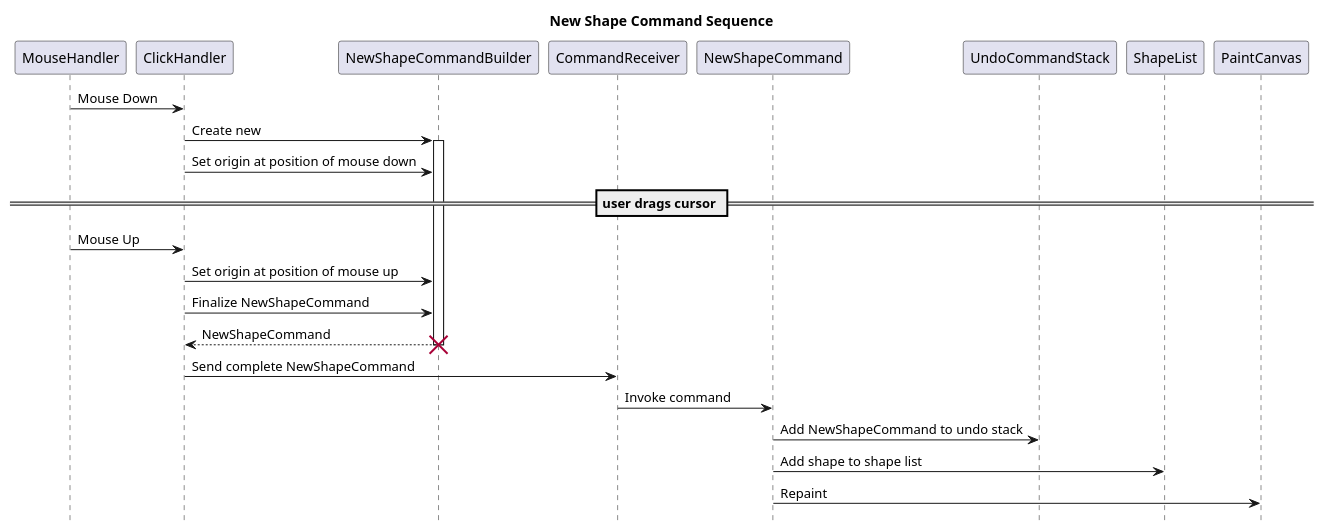
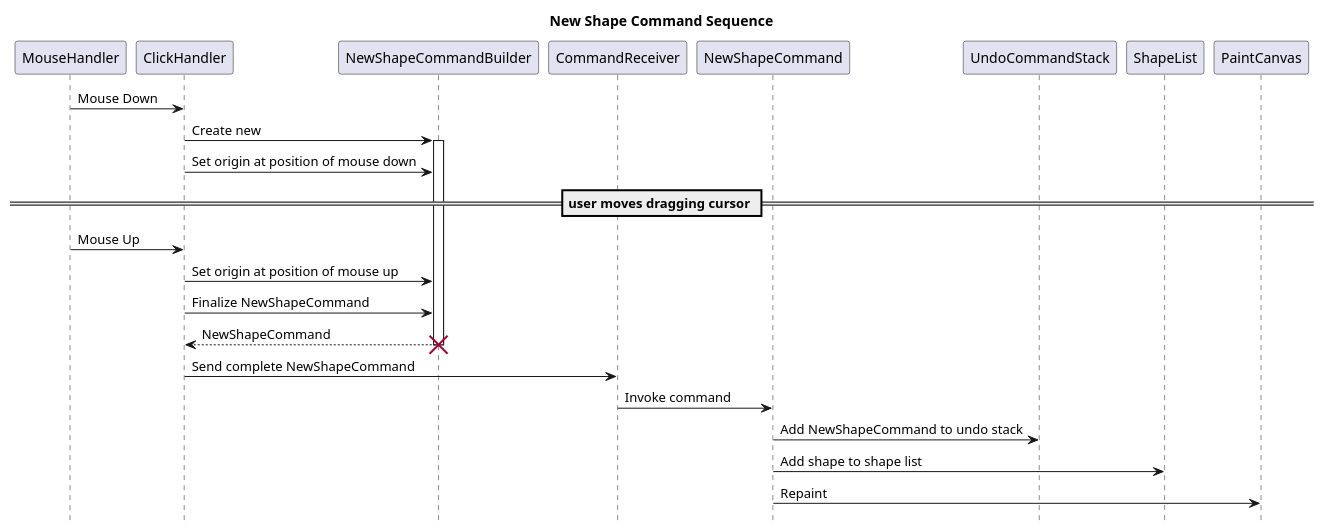
One commit to johnsmillie-portfolio/SE450-JPaint changed the diagram in documentation/new shape sequence diagram.plantuml. Above: the diagram before and after it, drawn with PlantUML. The commit also changed 1 other file, not shown here.

Commit message:
updated the conceptual sequence diagrams

```diff
--- a/documentation/new shape sequence diagram.plantuml
+++ b/documentation/new shape sequence diagram.plantuml
@@ -1,20 +1,20 @@
 @startuml Command Sequence
 title New Shape Command Sequence
 hide footbox
 
 MouseHandler -> ClickHandler: Mouse Down
 ClickHandler -> NewShapeCommandBuilder: Create new
 activate NewShapeCommandBuilder
 ClickHandler -> NewShapeCommandBuilder: Set origin at position of mouse down
-== user drags cursor ==        
+== user moves dragging cursor ==        
 MouseHandler -> ClickHandler: Mouse Up
 ClickHandler -> NewShapeCommandBuilder: Set origin at position of mouse up
 ClickHandler -> NewShapeCommandBuilder: Finalize NewShapeCommand
 return NewShapeCommand
 destroy NewShapeCommandBuilder
 ClickHandler -> CommandReceiver: Send complete NewShapeCommand
 CommandReceiver -> NewShapeCommand: Invoke command
 NewShapeCommand -> UndoCommandStack: Add NewShapeCommand to undo stack
 NewShapeCommand -> ShapeList: Add shape to shape list
 NewShapeCommand -> PaintCanvas: Repaint
 @enduml
```
